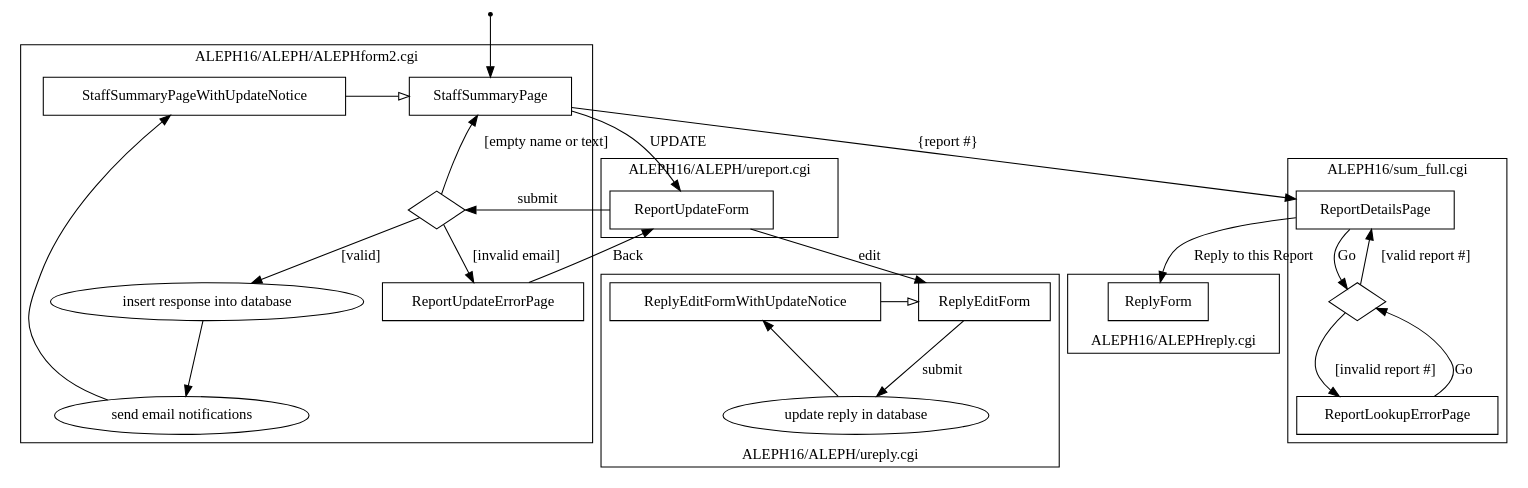
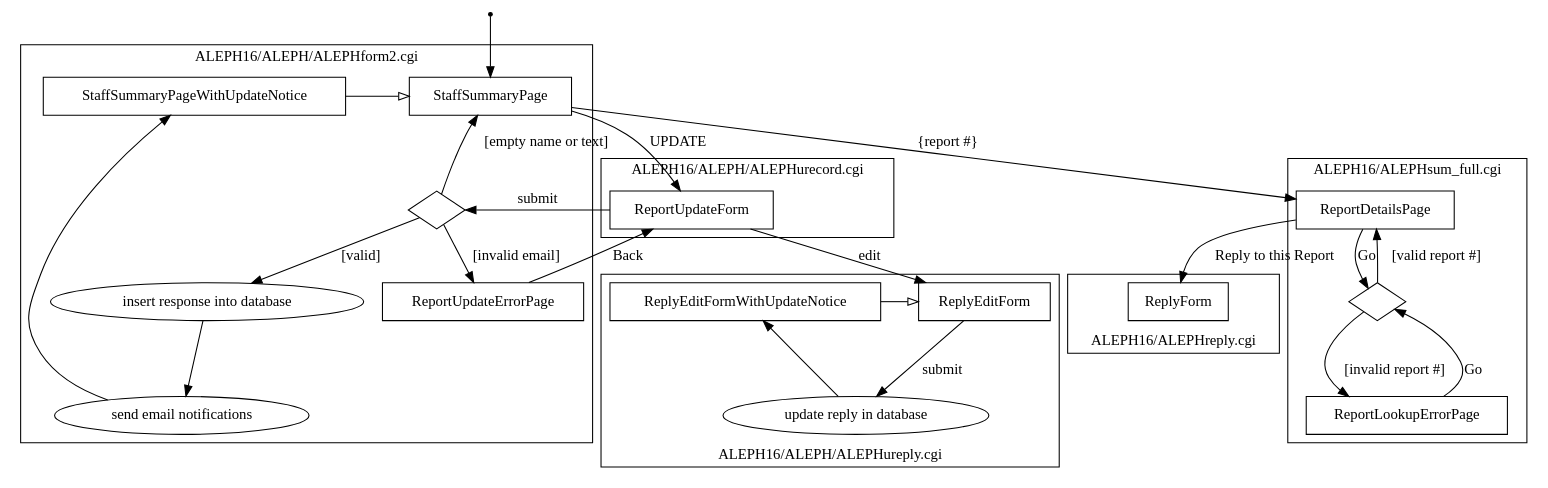
The diagram in docs/staffresponse.dot (umd-lib/alephrx), drawn with Graphviz before and after one commit. The commit also changed 1 other file, not shown here.

Commit message:
LIBILS-30: Fixed script names in the page flow diagrams

```diff
--- a/docs/staffresponse.dot
+++ b/docs/staffresponse.dot
@@ -1,92 +1,92 @@
 // The AlephRx staff response and report updating process.
 
 digraph {
     // pages
     node [
         shape = rect
     ]
     StaffSummaryPage
     // subclass-like relation
     StaffSummaryPageWithUpdateNotice -> StaffSummaryPage [ arrowhead = empty ]
     ReportUpdateErrorPage
     ReportUpdateForm
     ReplyEditForm
     // subclass-like relation
     ReplyEditFormWithUpdateNotice -> ReplyEditForm [ arrowhead = empty ]
     ReplyForm
     ReportDetailsPage
     ReportLookupErrorPage
 
     // processes
     node [
         shape = ellipse
     ]
     insert_response [ label = "insert response into database" ]
     send_email [ label = "send email notifications" ]
     update_reply [ label = "update reply in database" ]
 
     // error checking
     node [
         shape = diamond
         label = ""
     ]
     validate_response
     validate_report_number
 
     // set the starting page
     start [ shape = point ]
     start -> StaffSummaryPage
 
     // application flow
     StaffSummaryPage -> ReportUpdateForm [ label = "UPDATE" ]
     ReportUpdateForm -> validate_response [ label = "submit" ]
     validate_response -> insert_response [ label = "[valid]" ]
     validate_response -> ReportUpdateErrorPage [ label = "[invalid email]" ]
     ReportUpdateErrorPage -> ReportUpdateForm [ label = "Back" ]
     validate_response -> StaffSummaryPage [ label = "[empty name or text]" ]
     insert_response -> send_email
     send_email -> StaffSummaryPageWithUpdateNotice
     
     StaffSummaryPage -> ReportDetailsPage [ label = "{report #}" ]
     ReportDetailsPage -> validate_report_number [ label = "Go" ]
     validate_report_number -> ReportLookupErrorPage [ label = "[invalid report #]" ]
     ReportLookupErrorPage -> validate_report_number [ label = "Go" ]
     validate_report_number -> ReportDetailsPage [ label = "[valid report #]" ]
     ReportDetailsPage -> ReplyForm [ label = "Reply to this Report" ]
 
     ReportUpdateForm -> ReplyEditForm [ label = "edit" ]
     ReplyEditForm -> update_reply [ label = "submit" ]
     update_reply -> ReplyEditFormWithUpdateNotice
     
     // group the pages and processes by which script handles them
     subgraph cluster_0 {
         label = "ALEPH16/ALEPH/ALEPHform2.cgi"
         // use rank = min to ensure this page is at the top of the diagram
         { rank = min; StaffSummaryPage StaffSummaryPageWithUpdateNotice }
         ReportUpdateErrorPage
         validate_response
         insert_response
         send_email
     }
     subgraph cluster_1 {
-        label = "ALEPH16/ALEPH/ureport.cgi"
+        label = "ALEPH16/ALEPH/ALEPHurecord.cgi"
         ReportUpdateForm
     }
     subgraph cluster_2 {
-        label = "ALEPH16/ALEPH/ureply.cgi"
+        label = "ALEPH16/ALEPH/ALEPHureply.cgi"
         labelloc = b
         { rank = min; ReplyEditForm ReplyEditFormWithUpdateNotice }
         update_reply
     }
     subgraph cluster_3 {
-        label = "ALEPH16/sum_full.cgi"
+        label = "ALEPH16/ALEPHsum_full.cgi"
         ReportDetailsPage
         validate_report_number
         ReportLookupErrorPage
     }
     subgraph cluster_4 {
         label = "ALEPH16/ALEPHreply.cgi"
         labelloc = b
         ReplyForm
     }
 }
```
